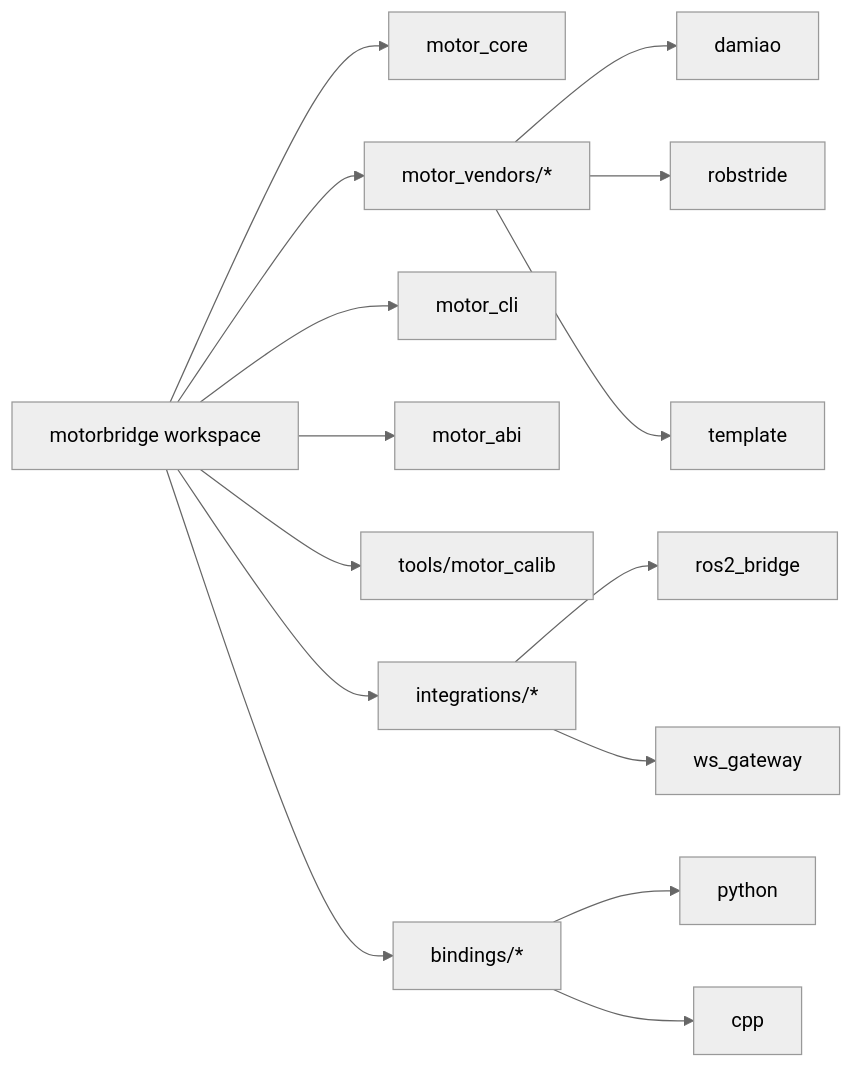
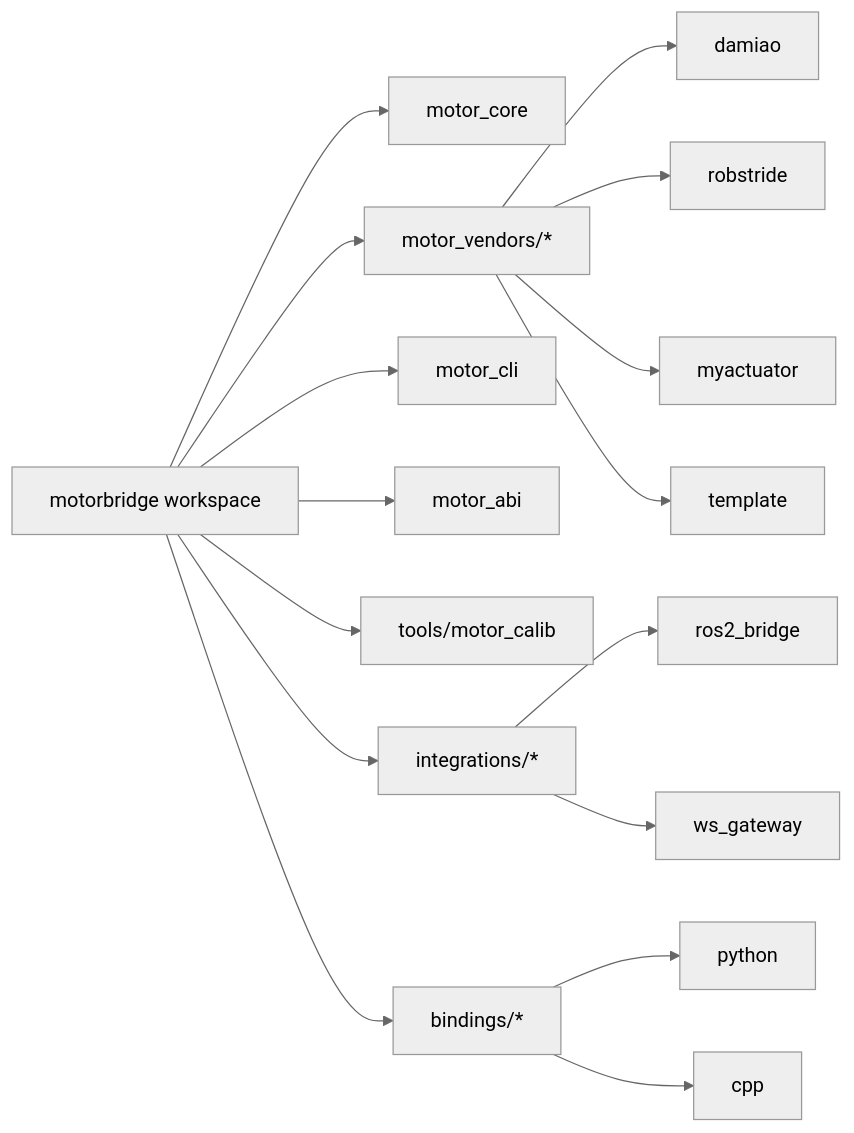
One commit to tianrking/motorbridge changed the second of 2 diagrams in README.zh-CN.md. Above: the diagram before and after it, drawn with Mermaid (neutral theme). The commit also changed other lines of this file and 42 other files, not shown here.

````diff
--- a/README.zh-CN.md
+++ b/README.zh-CN.md
@@ -36,17 +41,18 @@
 ```mermaid
 flowchart LR
   ROOT["motorbridge workspace"] --> CORE["motor_core"]
   ROOT --> VENDORS["motor_vendors/*"]
   ROOT --> CLI["motor_cli"]
   ROOT --> ABI["motor_abi"]
   ROOT --> TOOLS["tools/motor_calib"]
   ROOT --> INTS["integrations/*"]
   ROOT --> BIND["bindings/*"]
   VENDORS --> VD["damiao"]
   VENDORS --> VR["robstride"]
+  VENDORS --> VM["myactuator"]
   VENDORS --> VT["template"]
   INTS --> ROS["ros2_bridge"]
   INTS --> WS["ws_gateway"]
   BIND --> PY["python"]
   BIND --> CPP["cpp"]
 ```
````
